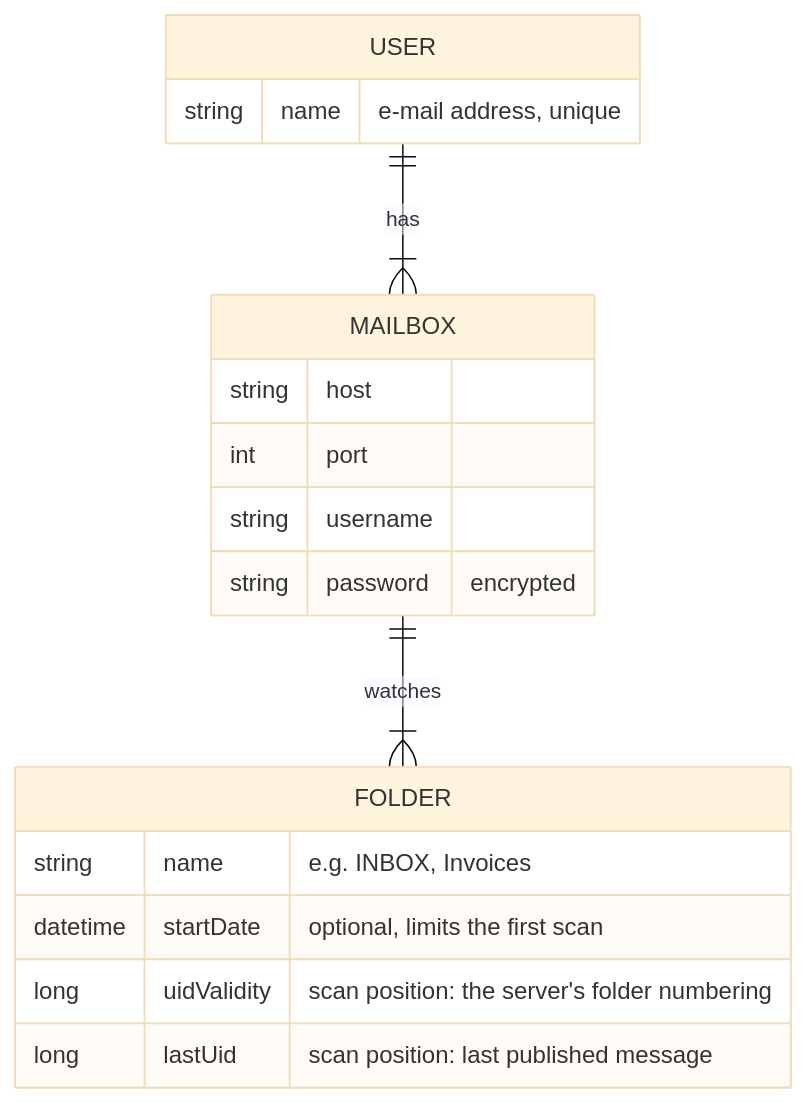
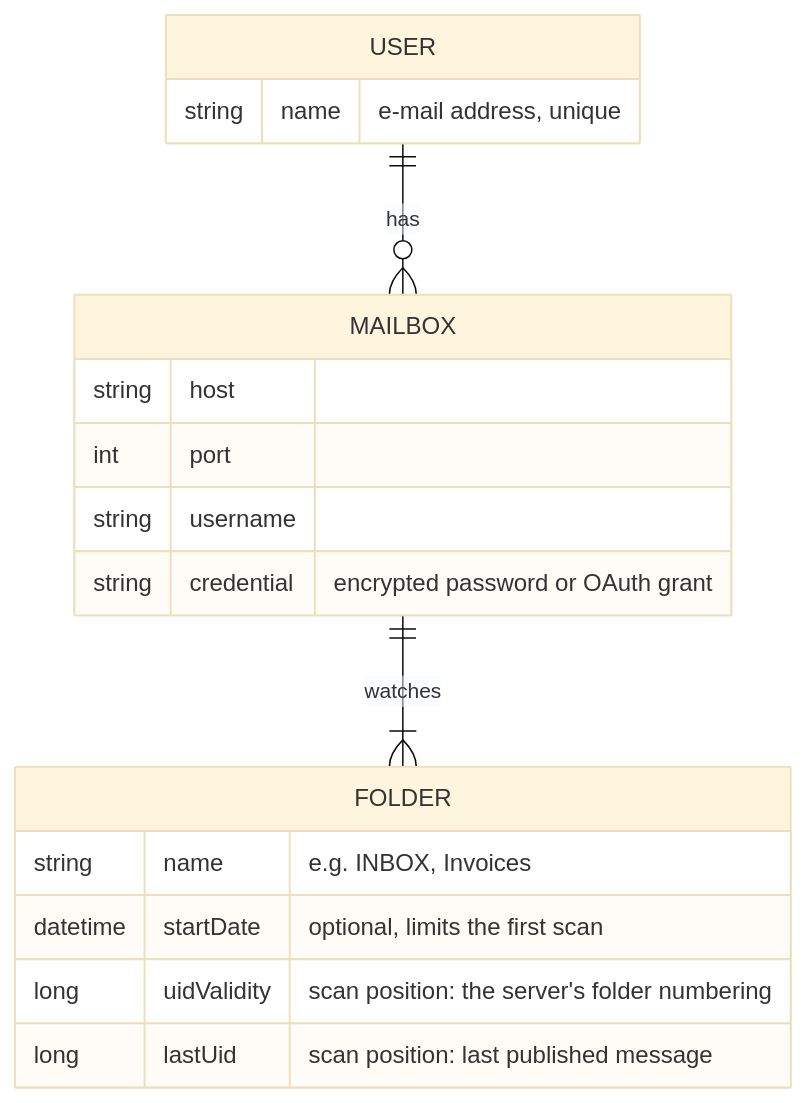
Before and after one commit to Guslarz/invoice-watcher: the second of 2 diagrams in docs/system/index.md, drawn with Mermaid (base theme). The commit also changed other lines of this file and 314 other files, not shown here.

````diff
--- a/docs/system/index.md
+++ b/docs/system/index.md
@@ -98,20 +99,20 @@
 ```mermaid
 erDiagram
-  USER ||--|{ MAILBOX : has
+  USER ||--o{ MAILBOX : has
   MAILBOX ||--|{ FOLDER : watches
   USER {
     string name "e-mail address, unique"
   }
   MAILBOX {
     string host
     int port
     string username
-    string password "encrypted"
+    string credential "encrypted password or OAuth grant"
   }
   FOLDER {
     string name "e.g. INBOX, Invoices"
     datetime startDate "optional, limits the first scan"
     long uidValidity "scan position: the server's folder numbering"
     long lastUid "scan position: last published message"
   }
 ```
````
